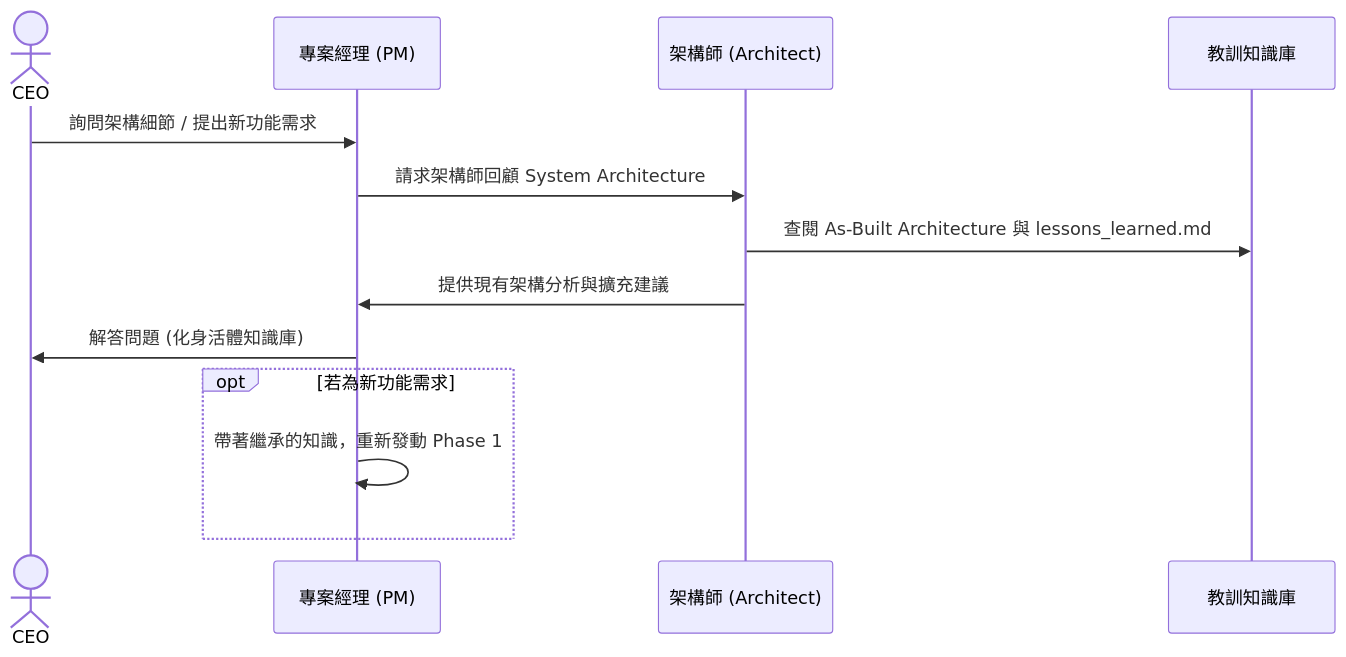
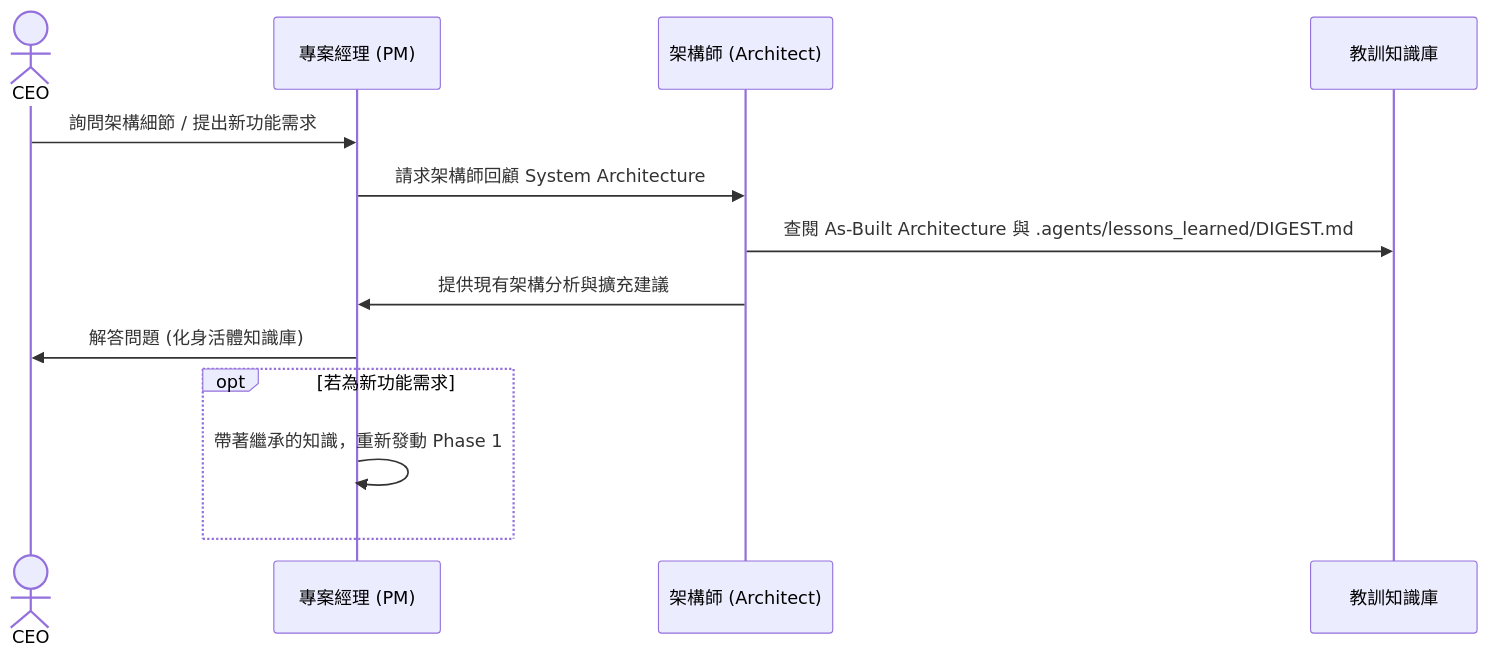
One commit to vip3310495-Johnny/Johnny-project-team-plugin changed the seventh of 8 diagrams in README.md. Above: the diagram before and after it, drawn with Mermaid. The commit also changed other lines of this file and 80 other files, not shown here.

Commit message:
release: v2.0.0 architecture upgrade with native hooks, vertical slicing & 3-way spec injection

````diff
--- a/README.md
+++ b/README.md
@@ -253,15 +250,15 @@
 ```mermaid
 sequenceDiagram
     actor CEO
     participant PM as 專案經理 (PM)
     participant Arch as 架構師 (Architect)
     participant KB as 教訓知識庫
     CEO->>PM: 詢問架構細節 / 提出新功能需求
     PM->>Arch: 請求架構師回顧 System Architecture
-    Arch->>KB: 查閱 As-Built Architecture 與 lessons_learned.md
+    Arch->>KB: 查閱 As-Built Architecture 與 .agents/lessons_learned/DIGEST.md
     Arch->>PM: 提供現有架構分析與擴充建議
     PM->>CEO: 解答問題 (化身活體知識庫)
     opt 若為新功能需求
         PM->>PM: 帶著繼承的知識，重新發動 Phase 1
     end
 ```
````
